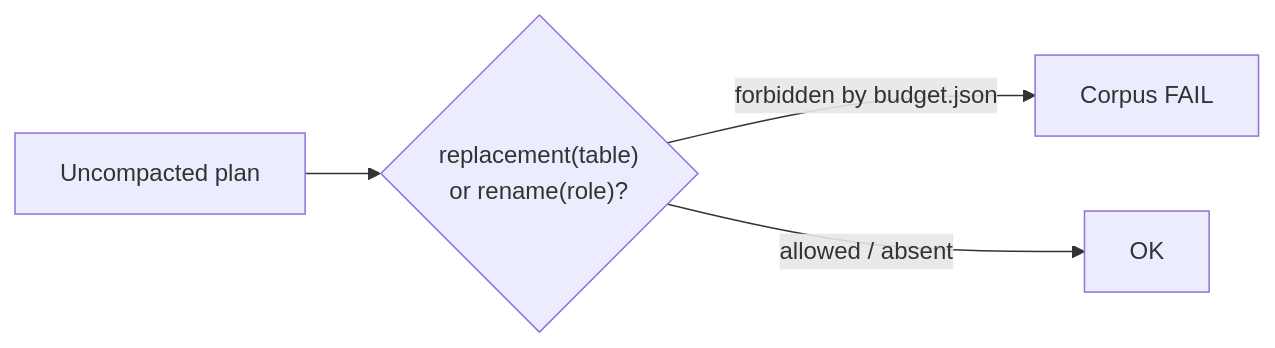
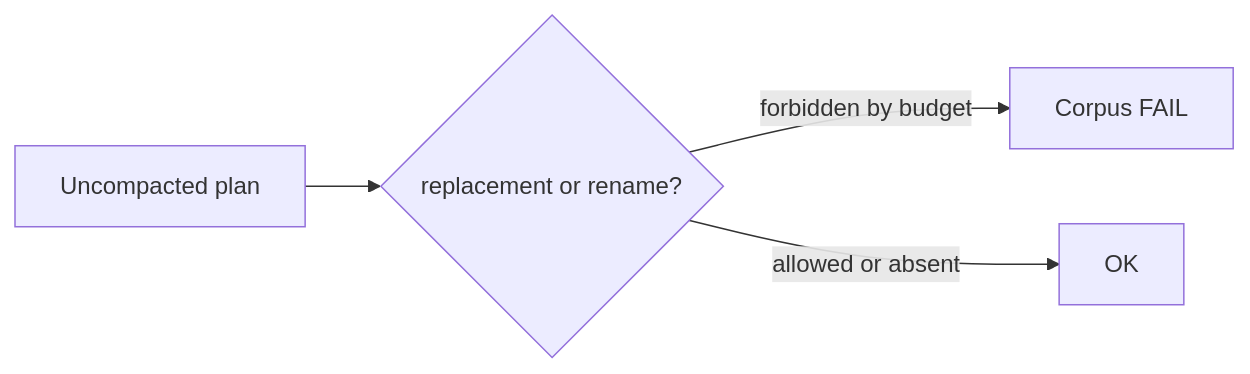
The seventh of 11 diagrams in docs/roadmap/agent-tracks/OVERVIEW.md (7ttp/pg-toolbelt), drawn with Mermaid before and after one commit. The commit also changed other lines of this file and 2 other files, not shown here.

````diff
--- a/docs/roadmap/agent-tracks/OVERVIEW.md
+++ b/docs/roadmap/agent-tracks/OVERVIEW.md
@@ -285,6 +296,6 @@
 ```mermaid
 flowchart LR
-  PLAN[Uncompacted plan] --> PRED{"replacement(table)<br/>or rename(role)?"}
-  PRED -->|forbidden by budget.json| RED[Corpus FAIL]
-  PRED -->|allowed / absent| GREEN[OK]
+  PLAN[Uncompacted plan] --> PRED{replacement or rename?}
+  PRED -->|forbidden by budget| RED[Corpus FAIL]
+  PRED -->|allowed or absent| GREEN[OK]
 ```
````
